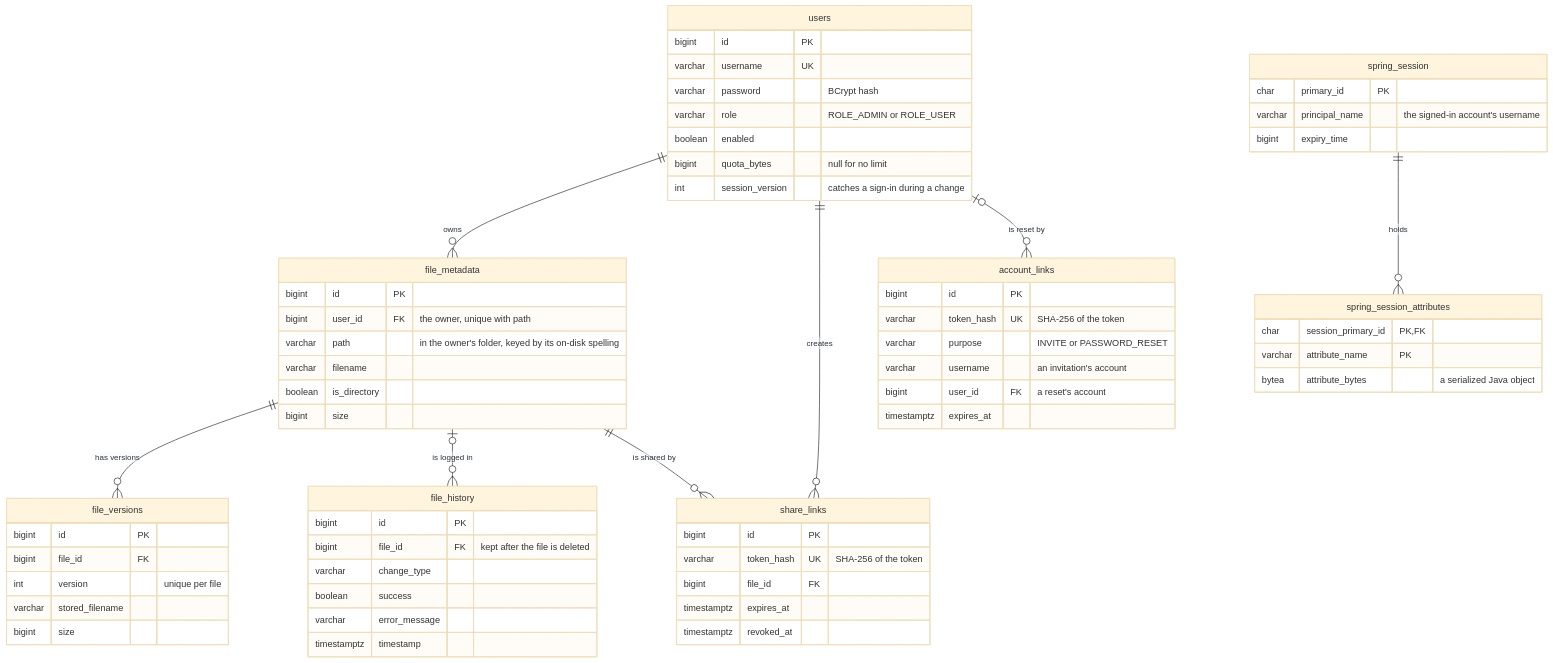
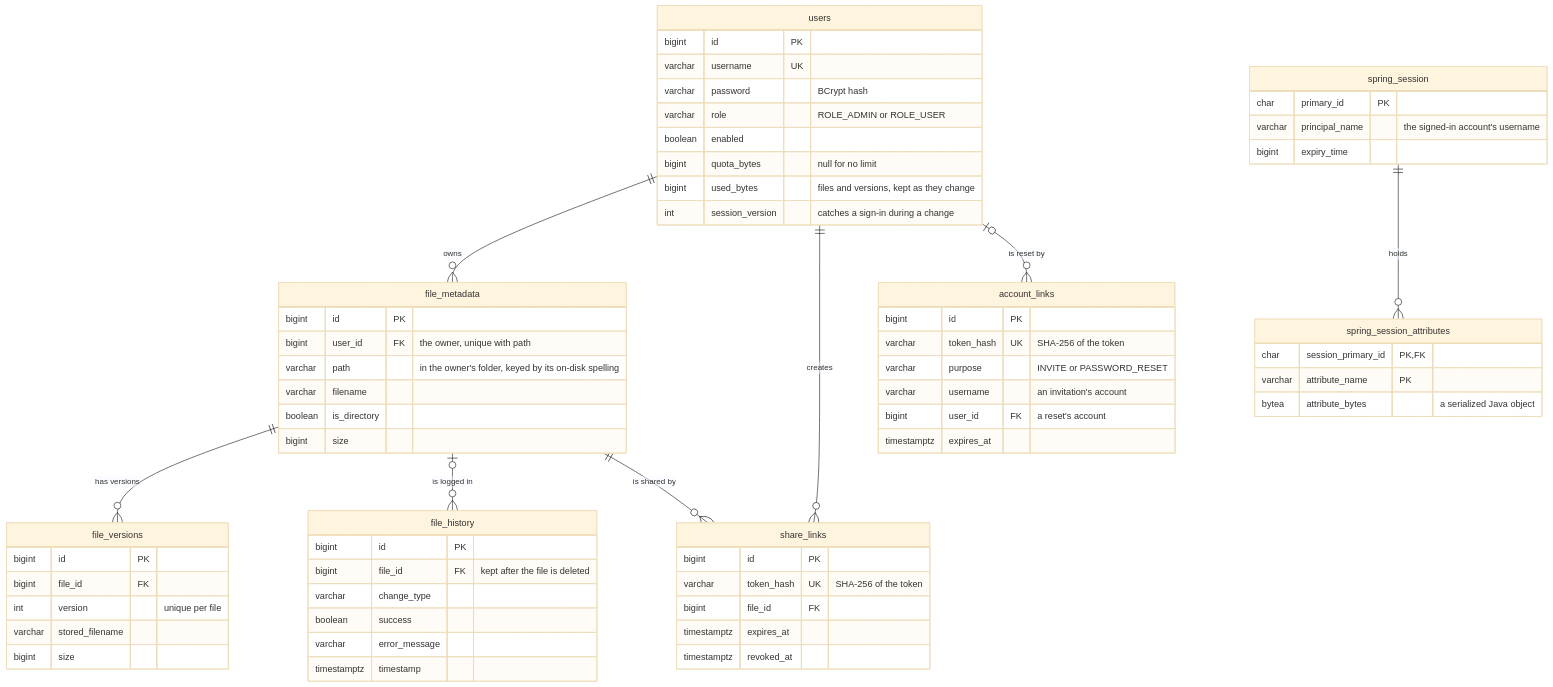
Before and after one commit to mevcaus/JavaDropbox: the second of 6 diagrams in README.md, drawn with Mermaid (base theme). The commit also changed other lines of this file and 32 other files, not shown here.

````diff
--- a/README.md
+++ b/README.md
@@ -94,68 +94,69 @@
 ```mermaid
 erDiagram
     users ||--o{ file_metadata : owns
     file_metadata ||--o{ file_versions : "has versions"
     file_metadata |o--o{ file_history : "is logged in"
     file_metadata ||--o{ share_links : "is shared by"
     users ||--o{ share_links : creates
     users |o--o{ account_links : "is reset by"
 
     users {
         bigint id PK
         varchar username UK
         varchar password "BCrypt hash"
         varchar role "ROLE_ADMIN or ROLE_USER"
         boolean enabled
         bigint quota_bytes "null for no limit"
+        bigint used_bytes "files and versions, kept as they change"
         int session_version "catches a sign-in during a change"
     }
     file_metadata {
         bigint id PK
         bigint user_id FK "the owner, unique with path"
         varchar path "in the owner's folder, keyed by its on-disk spelling"
         varchar filename
         boolean is_directory
         bigint size
     }
     file_versions {
         bigint id PK
         bigint file_id FK
         int version "unique per file"
         varchar stored_filename
         bigint size
     }
     file_history {
         bigint id PK
         bigint file_id FK "kept after the file is deleted"
         varchar change_type
         boolean success
         varchar error_message
         timestamptz timestamp
     }
     share_links {
         bigint id PK
         varchar token_hash UK "SHA-256 of the token"
         bigint file_id FK
         timestamptz expires_at
         timestamptz revoked_at
     }
     account_links {
         bigint id PK
         varchar token_hash UK "SHA-256 of the token"
         varchar purpose "INVITE or PASSWORD_RESET"
         varchar username "an invitation's account"
         bigint user_id FK "a reset's account"
         timestamptz expires_at
     }
     spring_session ||--o{ spring_session_attributes : holds
     spring_session {
         char primary_id PK
         varchar principal_name "the signed-in account's username"
         bigint expiry_time
     }
     spring_session_attributes {
         char session_primary_id PK, FK
         varchar attribute_name PK
         bytea attribute_bytes "a serialized Java object"
     }
 ```
````
